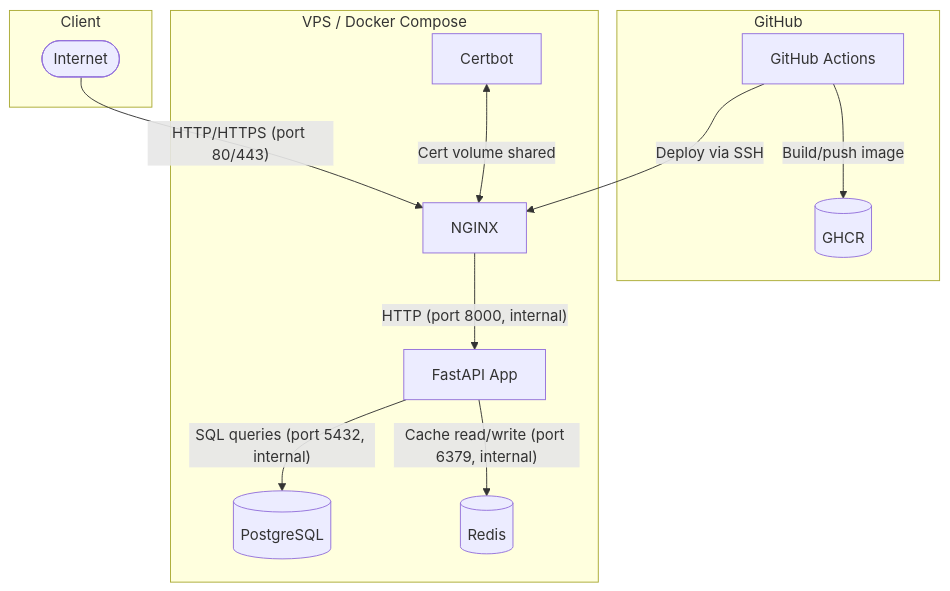
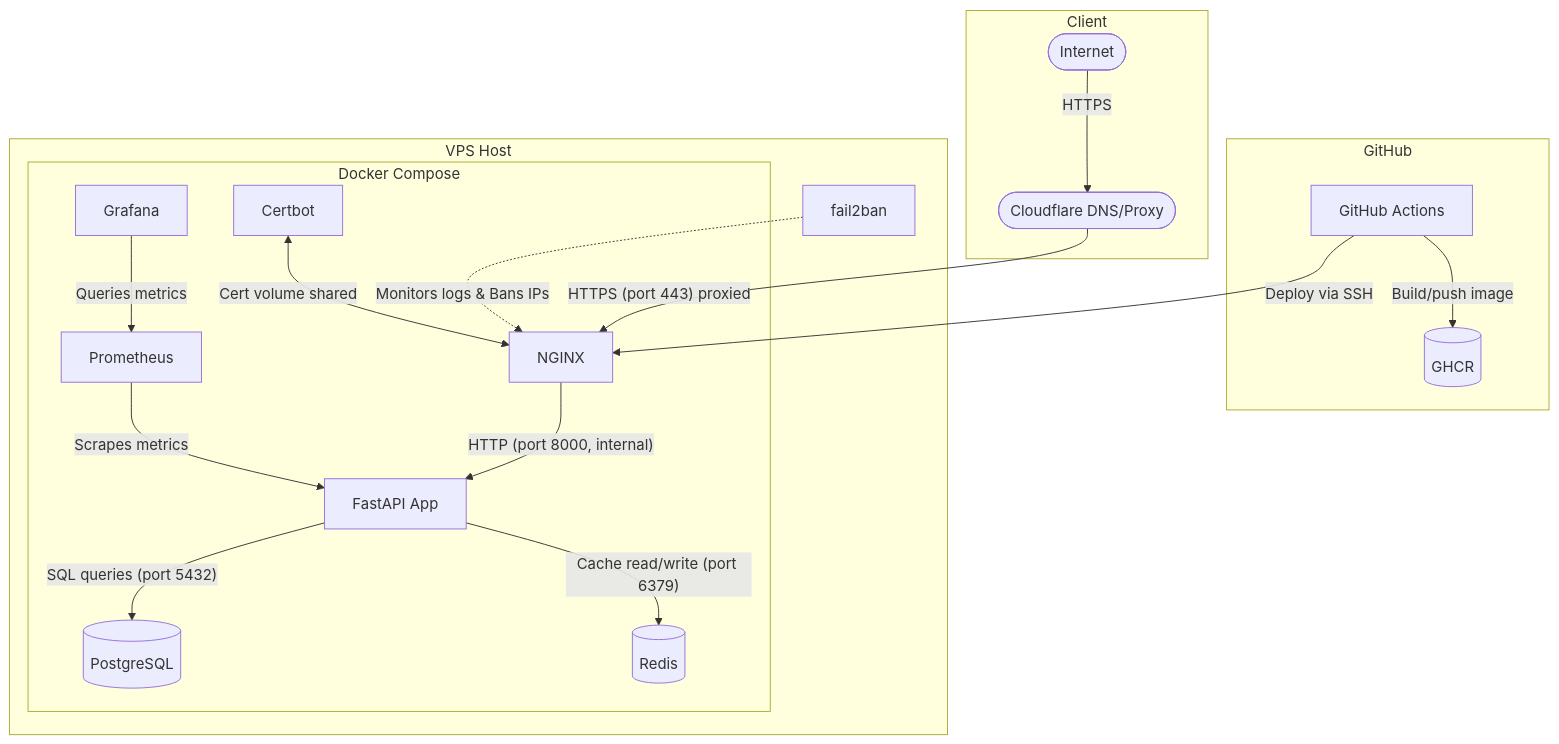
One commit to Anshul-exe/FastAPI-Redis-Stack changed the diagram in docs/architecture.md. Above: the diagram before and after it, drawn with Mermaid. The commit also changed other lines of this file and 8 other files, not shown here.

````diff
--- a/docs/architecture.md
+++ b/docs/architecture.md
@@ -5,29 +5,40 @@
 ```mermaid
 flowchart TD
     subgraph Client [Client]
         Internet([Internet])
+        Cloudflare([Cloudflare DNS/Proxy])
     end
 
     subgraph GitHub [GitHub]
         GHA[GitHub Actions]
         GHCR[(GHCR)]
     end
 
-    subgraph VPS [VPS / Docker Compose]
-        NGINX[NGINX]
-        Certbot[Certbot]
-        FastAPI[FastAPI App]
-        PostgreSQL[(PostgreSQL)]
-        Redis[(Redis)]
+    subgraph VPS [VPS Host]
+        Fail2Ban[fail2ban]
+        subgraph Docker Compose
+            NGINX[NGINX]
+            Certbot[Certbot]
+            FastAPI[FastAPI App]
+            PostgreSQL[(PostgreSQL)]
+            Redis[(Redis)]
+            Prometheus[Prometheus]
+            Grafana[Grafana]
+        end
     end
 
-    Internet -- "HTTP/HTTPS (port 80/443)" --> NGINX
+    Internet -- "HTTPS" --> Cloudflare
+    Cloudflare -- "HTTPS (port 443) proxied" --> NGINX
     NGINX -- "HTTP (port 8000, internal)" --> FastAPI
-    FastAPI -- "SQL queries (port 5432, internal)" --> PostgreSQL
-    FastAPI -- "Cache read/write (port 6379, internal)" --> Redis
+    FastAPI -- "SQL queries (port 5432)" --> PostgreSQL
+    FastAPI -- "Cache read/write (port 6379)" --> Redis
+    
+    Prometheus -- "Scrapes metrics" --> FastAPI
+    Grafana -- "Queries metrics" --> Prometheus
+    Fail2Ban -. "Monitors logs & Bans IPs" .-> NGINX
     
     GHA -- "Build/push image" --> GHCR
     GHA -- "Deploy via SSH" --> NGINX
     
     Certbot <-->|"Cert volume shared"| NGINX
 ```
````
